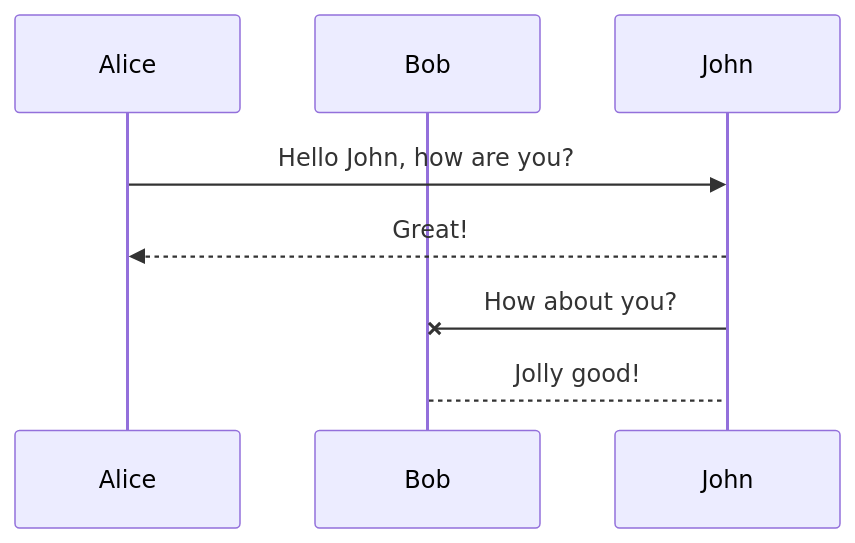
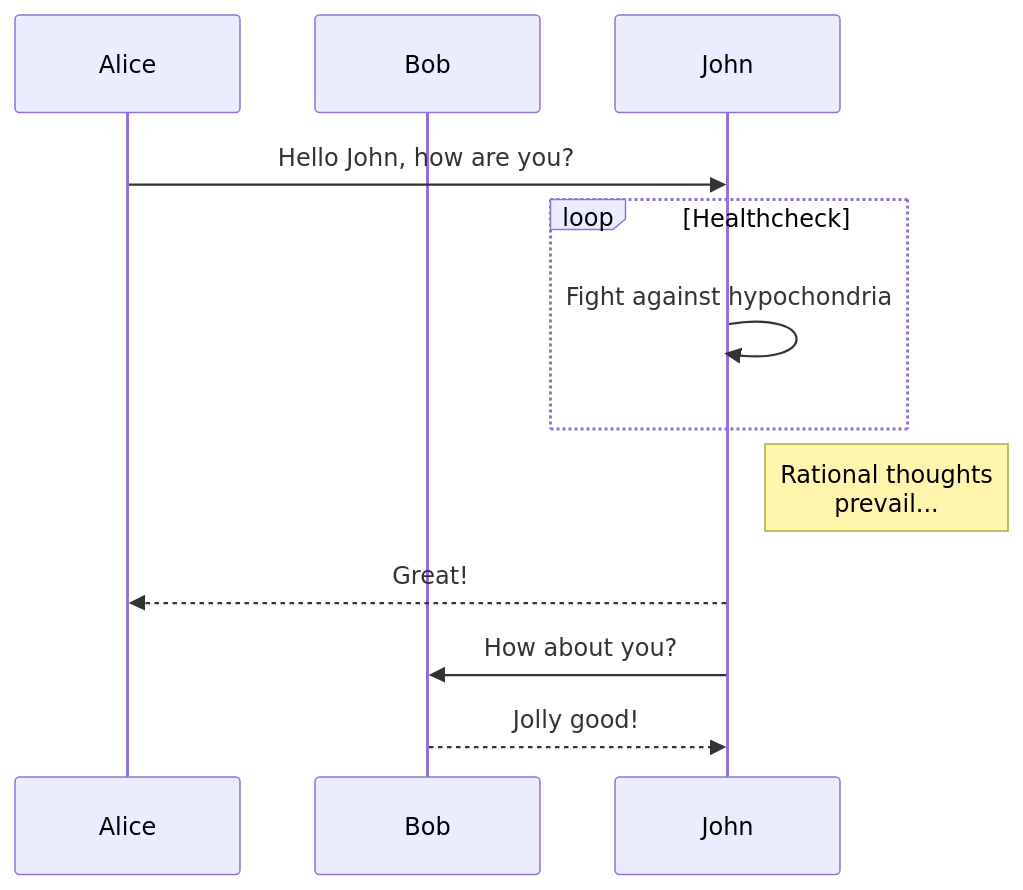
Before and after one commit to cyrusn/slidedown: the third of 6 diagrams in md/example.md, drawn with Mermaid. The commit also changed other lines of this file and 3 other files, not shown here.

````diff
--- a/md/example.md
+++ b/md/example.md
@@ -202,10 +218,13 @@
 ``` mermaid
 sequenceDiagram
     participant Alice
     participant Bob
-
     Alice->>John: Hello John, how are you?
+    loop Healthcheck
+        John->>John: Fight against hypochondria
+    end
+    Note right of John: Rational thoughts<br/>prevail...
     John-->>Alice: Great!
-    John-xBob: How about you?
-    Bob-->John: Jolly good!
+    John->>Bob: How about you?
+    Bob-->>John: Jolly good!
 ```
````
